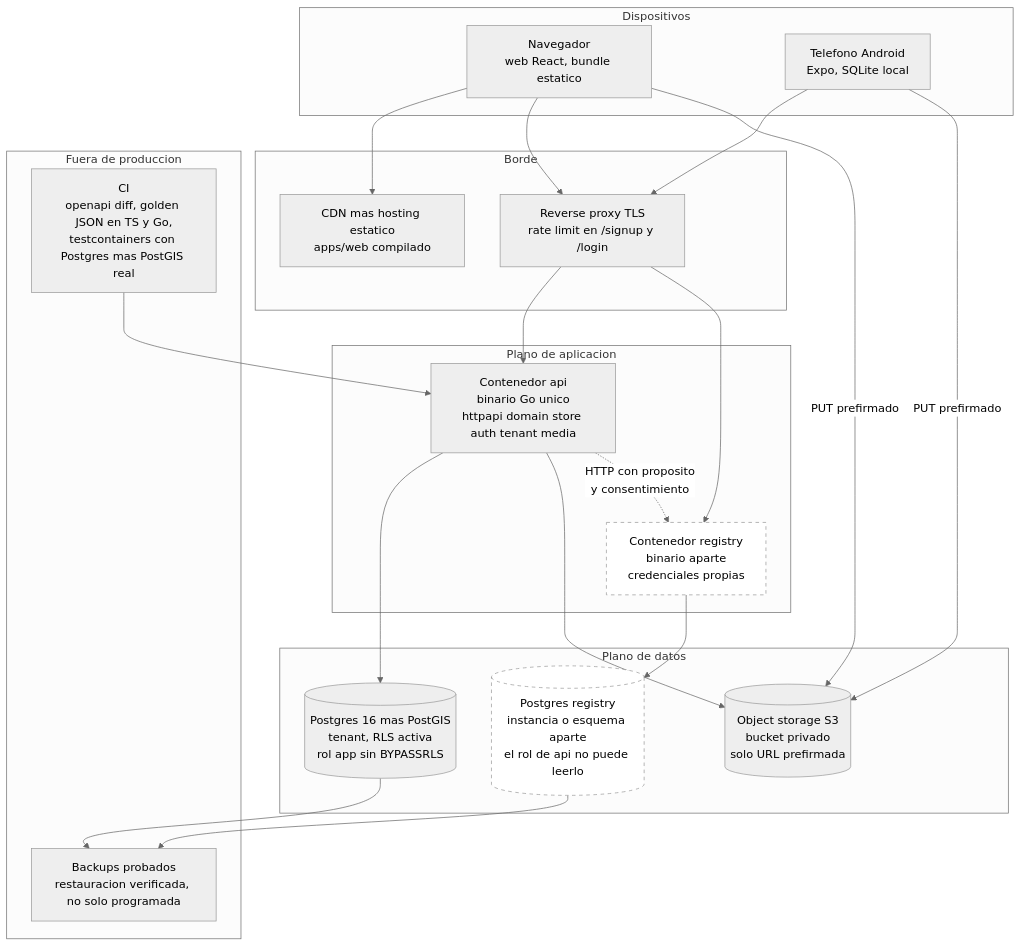
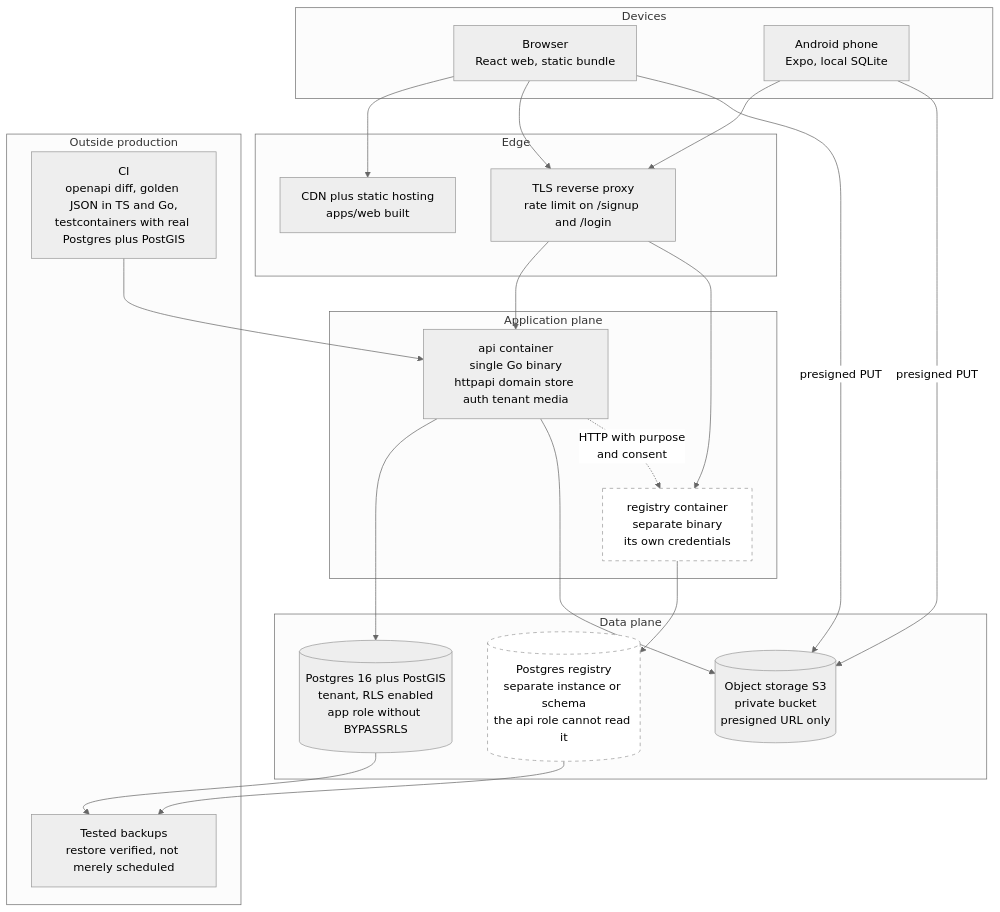
Before and after one commit to ojardila/bascula: the seventh of 7 diagrams in docs/diagramas/sistema.md, drawn with Mermaid (neutral theme). The commit also changed other lines of this file and 25 other files, not shown here.

````diff
--- a/docs/diagramas/sistema.md
+++ b/docs/diagramas/sistema.md
@@ -795,46 +798,46 @@
 ```mermaid
 graph TD
-    subgraph SG_disp["Dispositivos"]
-        nav["Navegador<br/>web React, bundle estatico"]
-        tel["Telefono Android<br/>Expo, SQLite local"]
+    subgraph SG_disp["Devices"]
+        nav["Browser<br/>React web, static bundle"]
+        tel["Android phone<br/>Expo, local SQLite"]
     end
 
-    subgraph SG_edge["Borde"]
-        cdn["CDN mas hosting estatico<br/>apps/web compilado"]
-        lb["Reverse proxy TLS<br/>rate limit en /signup y /login"]
+    subgraph SG_edge["Edge"]
+        cdn["CDN plus static hosting<br/>apps/web built"]
+        lb["TLS reverse proxy<br/>rate limit on /signup and /login"]
     end
 
-    subgraph SG_app["Plano de aplicacion"]
-        api1["Contenedor api<br/>binario Go unico<br/>httpapi domain store auth tenant media"]
-        reg1["Contenedor registry<br/>binario aparte<br/>credenciales propias"]
+    subgraph SG_app["Application plane"]
+        api1["api container<br/>single Go binary<br/>httpapi domain store auth tenant media"]
+        reg1["registry container<br/>separate binary<br/>its own credentials"]
     end
 
-    subgraph SG_datos["Plano de datos"]
-        pgm[("Postgres 16 mas PostGIS<br/>tenant, RLS activa<br/>rol app sin BYPASSRLS")]
-        pgr[("Postgres registry<br/>instancia o esquema aparte<br/>el rol de api no puede leerlo")]
-        s3[("Object storage S3<br/>bucket privado<br/>solo URL prefirmada")]
+    subgraph SG_datos["Data plane"]
+        pgm[("Postgres 16 plus PostGIS<br/>tenant, RLS enabled<br/>app role without BYPASSRLS")]
+        pgr[("Postgres registry<br/>separate instance or schema<br/>the api role cannot read it")]
+        s3[("Object storage S3<br/>private bucket<br/>presigned URL only")]
     end
 
-    subgraph SG_ci["Fuera de produccion"]
-        ci["CI<br/>openapi diff, golden JSON en TS y Go,<br/>testcontainers con Postgres mas PostGIS real"]
-        bk["Backups probados<br/>restauracion verificada, no solo programada"]
+    subgraph SG_ci["Outside production"]
+        ci["CI<br/>openapi diff, golden JSON in TS and Go,<br/>testcontainers with real Postgres plus PostGIS"]
+        bk["Tested backups<br/>restore verified, not merely scheduled"]
     end
 
     nav --> cdn
     nav --> lb
     tel --> lb
     lb --> api1
     lb --> reg1
     api1 --> pgm
     api1 --> s3
-    api1 -.->|"HTTP con proposito<br/>y consentimiento"| reg1
+    api1 -.->|"HTTP with purpose<br/>and consent"| reg1
     reg1 --> pgr
-    nav -->|"PUT prefirmado"| s3
-    tel -->|"PUT prefirmado"| s3
+    nav -->|"presigned PUT"| s3
+    tel -->|"presigned PUT"| s3
     ci --> api1
     pgm --> bk
     pgr --> bk
 
     classDef espera fill:#fff,stroke:#999,stroke-dasharray:5;
     class reg1,pgr espera;
 ```
````
